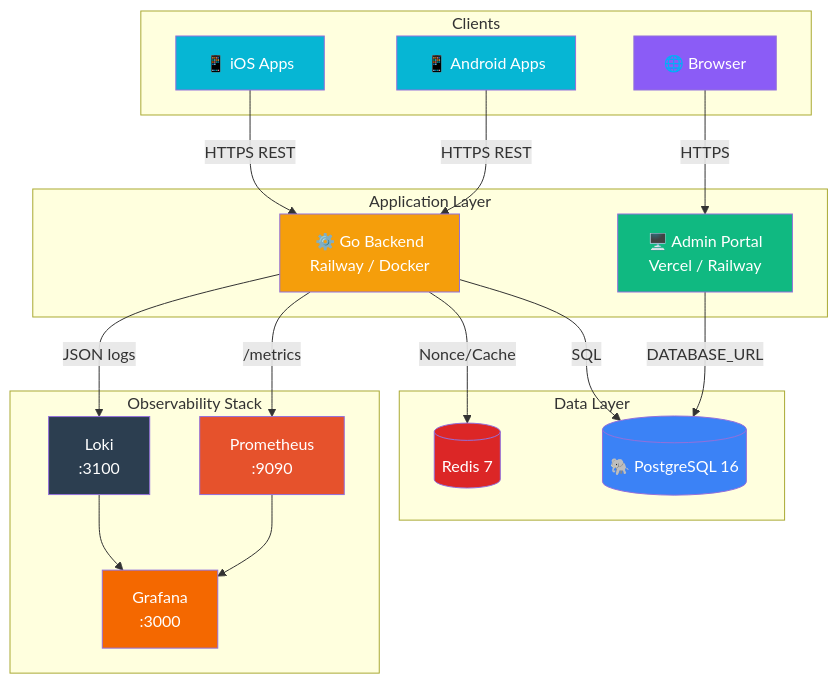
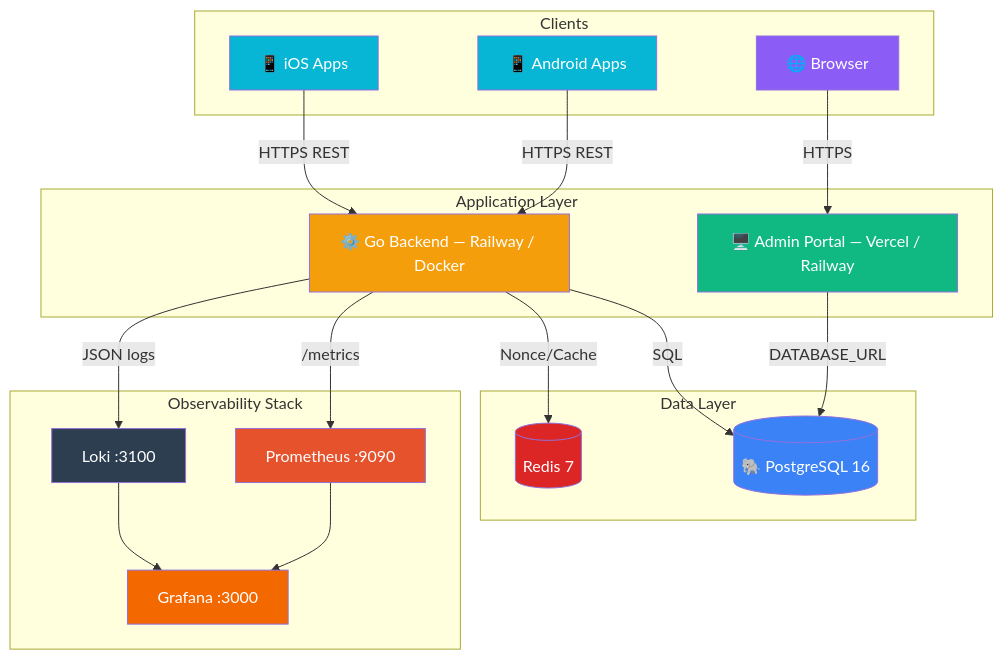
The diagram in src/content/architecture/deployment.mdx (pktikkani/cams-docs), drawn with Mermaid before and after one commit. The commit also changed 2 other files, not shown here.

Commit message:
fix: replace br tags in mermaid diagrams for Mermaid v11 compatibility
MDX parser was interpreting <br/> inside mermaid code blocks as JSX.
Replaced with quoted node labels using em-dashes instead.

````diff
--- a/src/content/architecture/deployment.mdx
+++ b/src/content/architecture/deployment.mdx
@@ -108,47 +108,47 @@
 ```mermaid
 graph TB
     subgraph Clients
         IOS[📱 iOS Apps]
         AND[📱 Android Apps]
         WEB[🌐 Browser]
     end
 
-    subgraph "Application Layer"
-        AP[🖥️ Admin Portal<br/>Vercel / Railway]
-        BE[⚙️ Go Backend<br/>Railway / Docker]
+    subgraph Application_Layer["Application Layer"]
+        AP["🖥️ Admin Portal — Vercel / Railway"]
+        BE["⚙️ Go Backend — Railway / Docker"]
     end
 
-    subgraph "Data Layer"
-        DB[(🐘 PostgreSQL 16)]
+    subgraph Data_Layer["Data Layer"]
+        DB[("🐘 PostgreSQL 16")]
         RD[(Redis 7)]
     end
 
-    subgraph "Observability Stack"
-        PROM[Prometheus<br/>:9090]
-        LOKI[Loki<br/>:3100]
-        GRAF[Grafana<br/>:3000]
+    subgraph Observability_Stack["Observability Stack"]
+        PROM["Prometheus :9090"]
+        LOKI["Loki :3100"]
+        GRAF["Grafana :3000"]
     end
 
     WEB -->|HTTPS| AP
     AP -->|DATABASE_URL| DB
     BE -->|SQL| DB
     BE -->|Nonce/Cache| RD
     IOS -->|HTTPS REST| BE
     AND -->|HTTPS REST| BE
 
     BE -->|/metrics| PROM
     BE -->|JSON logs| LOKI
     PROM --> GRAF
     LOKI --> GRAF
 
     style AP fill:#10b981,color:#fff
     style BE fill:#f59e0b,color:#fff
     style DB fill:#3b82f6,color:#fff
     style RD fill:#dc2626,color:#fff
     style IOS fill:#06b6d4,color:#fff
     style AND fill:#06b6d4,color:#fff
     style WEB fill:#8b5cf6,color:#fff
     style PROM fill:#e6522c,color:#fff
     style LOKI fill:#2c3e50,color:#fff
     style GRAF fill:#f46800,color:#fff
 ```
````
